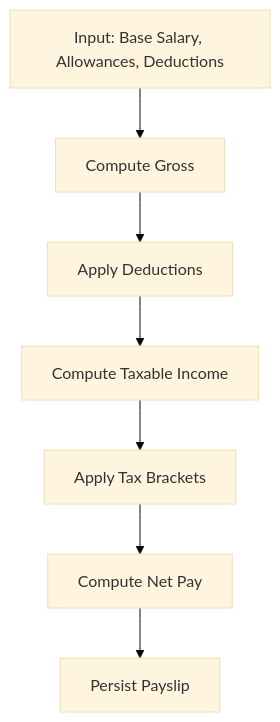
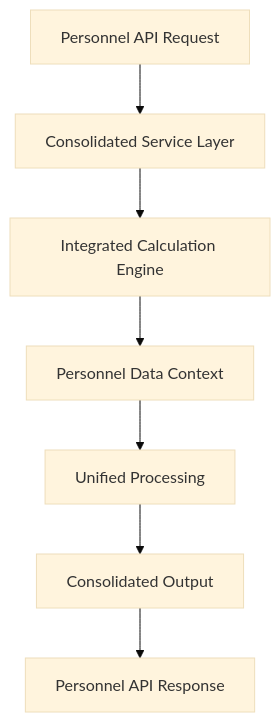
Before and after one commit to franckylab/eLISAschool: the fifth of 5 diagrams in .qoder/repowiki/en/content/API Reference/Human Resources API/Payroll Processing API/Payroll Processing API.md, drawn with Mermaid (base theme). The commit also changed other lines of this file and 102 other files, not shown here.

````diff
--- a/.qoder/repowiki/en/content/API Reference/Human Resources API/Payroll Processing API/Payroll Processing API.md
+++ b/.qoder/repowiki/en/content/API Reference/Human Resources API/Payroll Processing API/Payroll Processing API.md
@@ -339,9 +377,9 @@
 ```mermaid
 flowchart TD
-A["Input: Base Salary, Allowances, Deductions"] --> B["Compute Gross"]
-B --> C["Apply Deductions"]
-C --> D["Compute Taxable Income"]
-D --> E["Apply Tax Brackets"]
-E --> F["Compute Net Pay"]
-F --> G["Persist Payslip"]
+A["Personnel API Request"] --> B["Consolidated Service Layer"]
+B --> C["Integrated Calculation Engine"]
+C --> D["Personnel Data Context"]
+D --> E["Unified Processing"]
+E --> F["Consolidated Output"]
+F --> G["Personnel API Response"]
 ```
````
